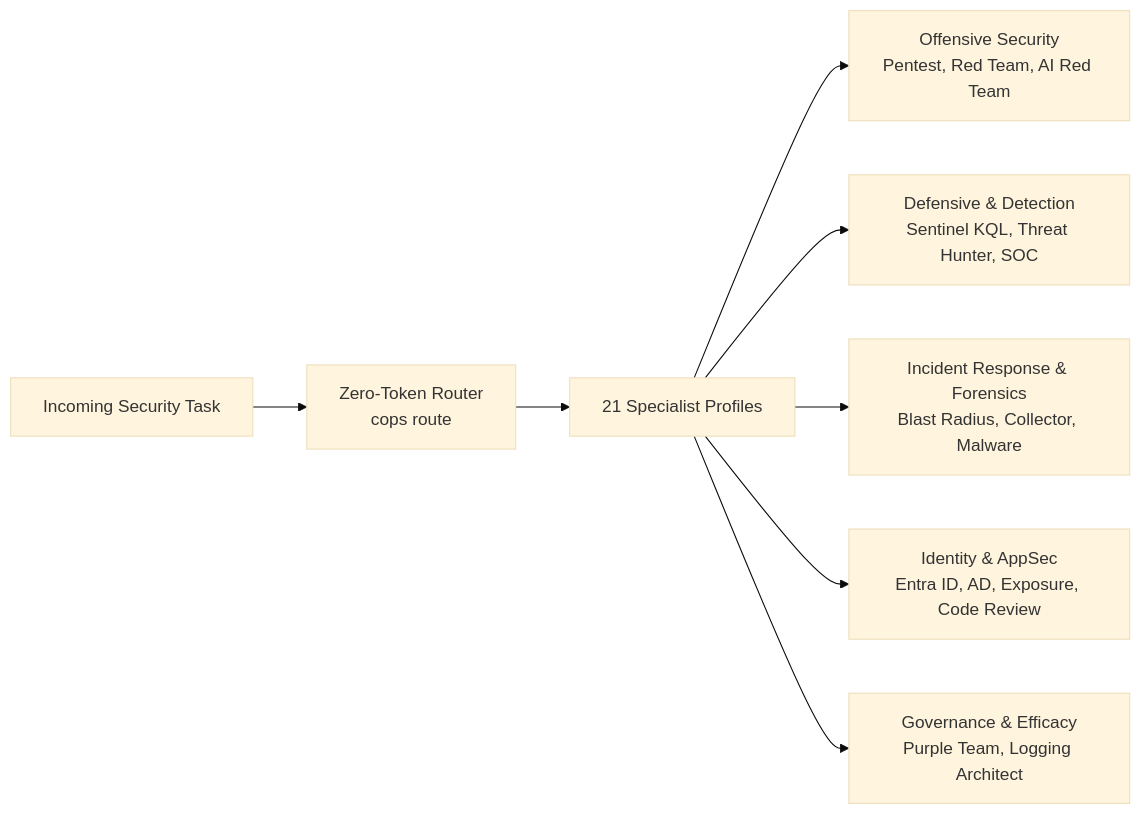
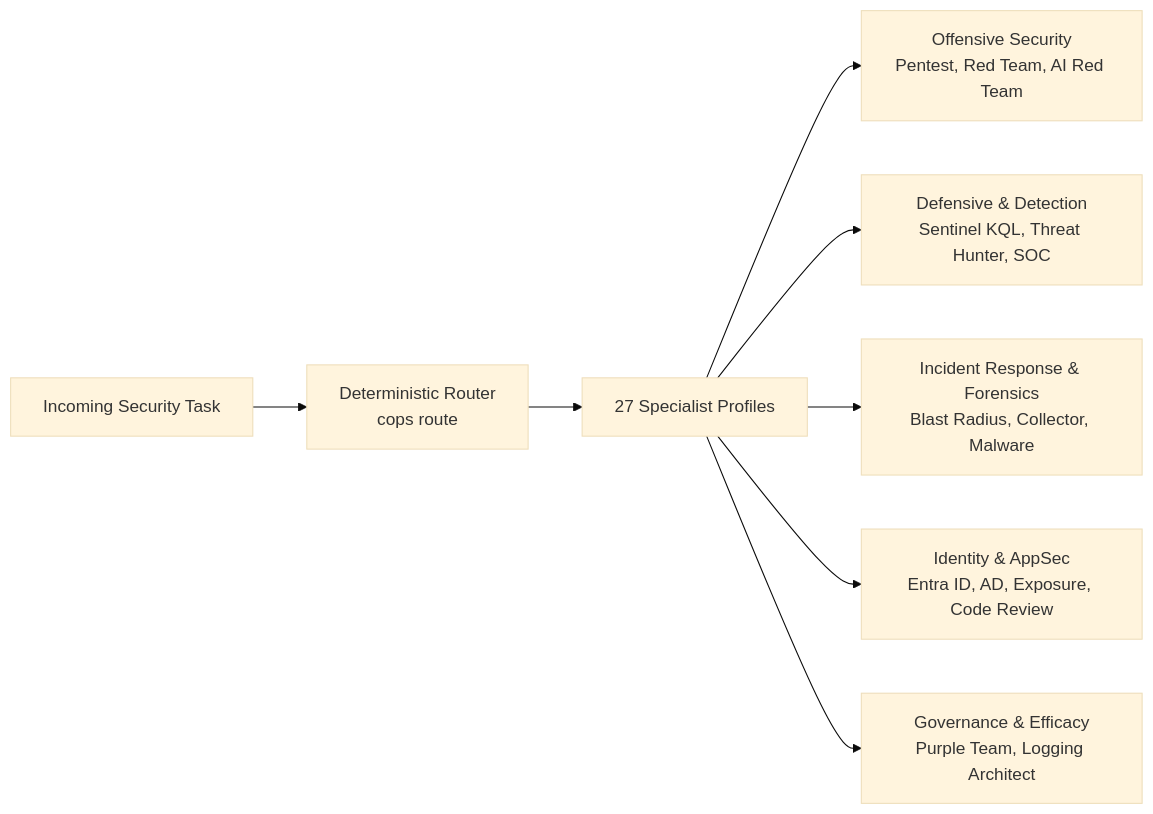
The diagram in docs/index.md (sodejm/copilot-operation-plugin-for-security), drawn with Mermaid (base theme) before and after one commit. The commit also changed other lines of this file and 675 other files, not shown here.

````diff
--- a/docs/index.md
+++ b/docs/index.md
@@ -113,10 +157,10 @@
 ```mermaid
 flowchart LR
-    TASK["Incoming Security Task"] --> ROUTER["Zero-Token Router<br/>cops route"]
-    ROUTER --> SPEC["21 Specialist Profiles"]
+    TASK["Incoming Security Task"] --> ROUTER["Deterministic Router<br/>cops route"]
+    ROUTER --> SPEC["27 Specialist Profiles"]
     SPEC --> OFF["Offensive Security<br/>Pentest, Red Team, AI Red Team"]
     SPEC --> DEF["Defensive & Detection<br/>Sentinel KQL, Threat Hunter, SOC"]
     SPEC --> DFIR["Incident Response & Forensics<br/>Blast Radius, Collector, Malware"]
     SPEC --> IAM["Identity & AppSec<br/>Entra ID, AD, Exposure, Code Review"]
     SPEC --> GOV["Governance & Efficacy<br/>Purple Team, Logging Architect"]
 ```
````
